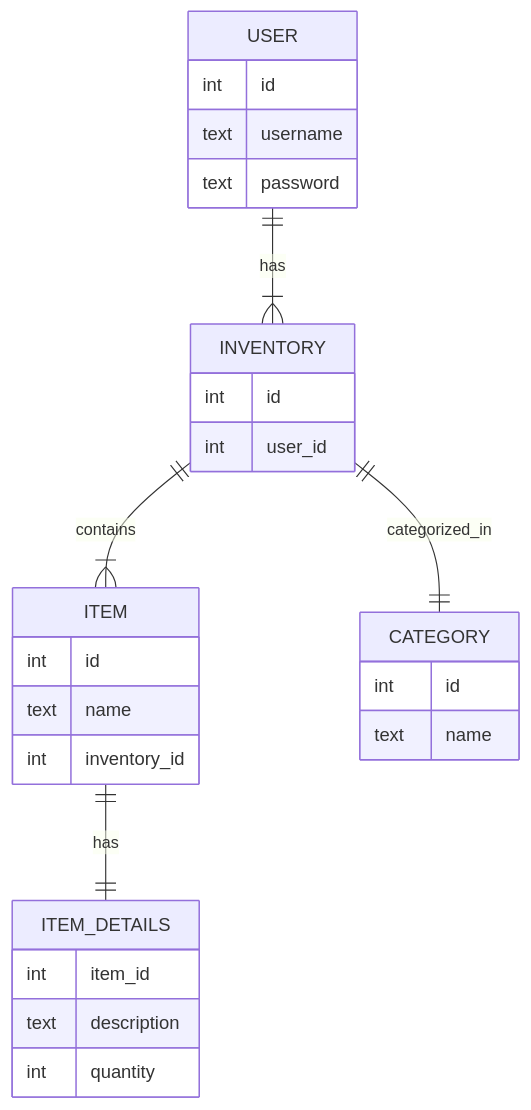
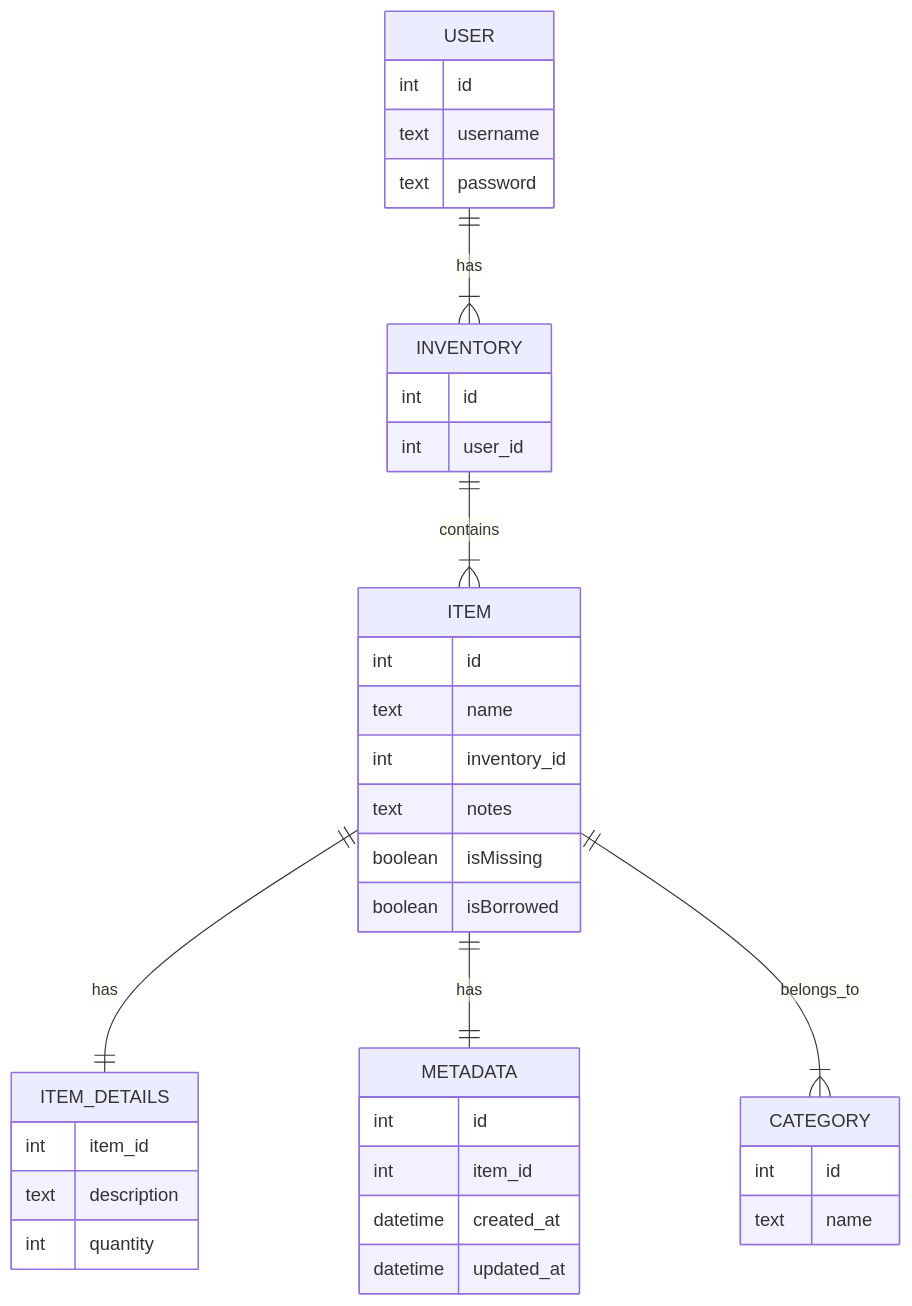
The second of 2 diagrams in README.md (mauriciolanda4/inventory-project), drawn with Mermaid before and after one commit. The commit also changed other lines of this file, not shown here.

````diff
--- a/README.md
+++ b/README.md
@@ -41,30 +46,40 @@
 ```mermaid
-  erDiagram
-  USER ||--|{ INVENTORY : "has"
-  INVENTORY ||--|{ ITEM : "contains"
-  ITEM ||--|| ITEM_DETAILS : "has"
-  INVENTORY ||--|| CATEGORY : "categorized_in"
+erDiagram
+  USER ||--|{ INVENTORY : has
+  INVENTORY ||--|{ ITEM : contains
+  ITEM ||--|| ITEM_DETAILS : has
+  ITEM ||--|| METADATA : has
+  ITEM ||--|{ CATEGORY : belongs_to
   USER {
       int id
       text username
       text password
   }
   INVENTORY {
       int id
       int user_id
   }
   ITEM {
       int id
       text name
       int inventory_id
+      text notes
+      boolean isMissing
+      boolean isBorrowed
   }
   ITEM_DETAILS {
       int item_id
       text description
       int quantity
   }
   CATEGORY {
       int id
       text name
   }
+  METADATA {
+      int id
+      int item_id
+      datetime created_at
+      datetime updated_at
+  }
   ```
````
